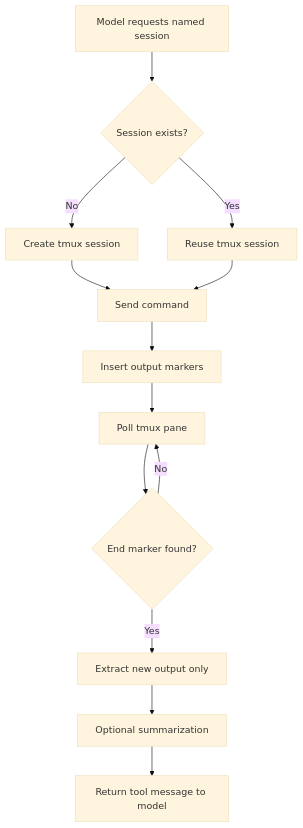
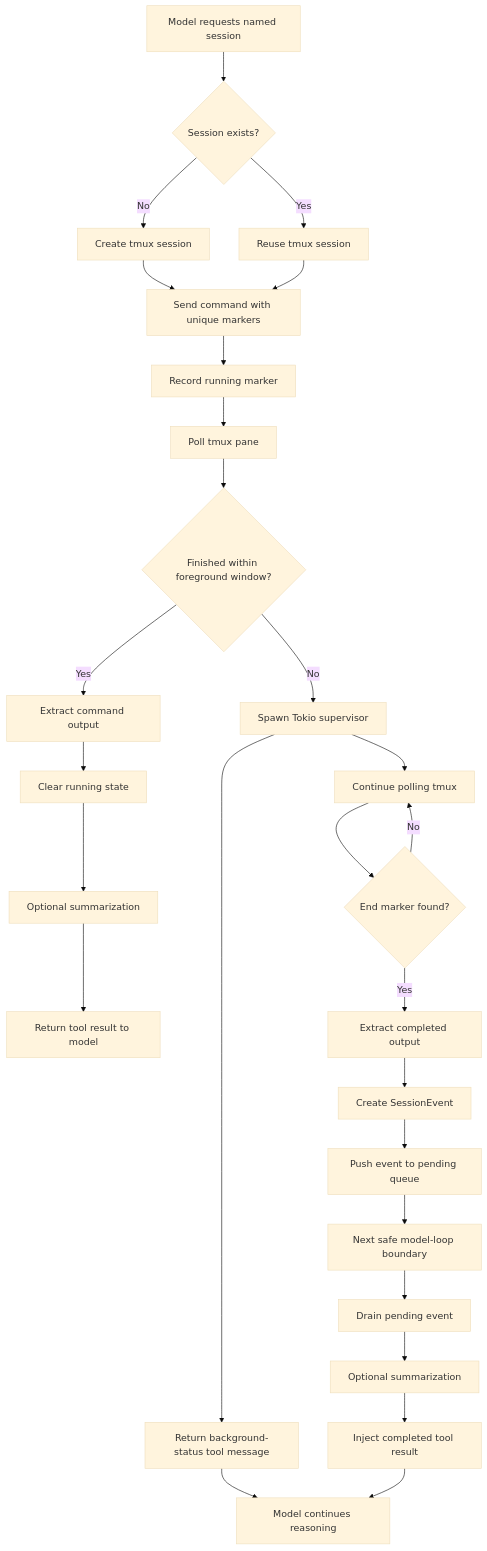
One commit to charlesericwilson-portfolio/Echo_Adapt_v5 changed the third of 8 diagrams in README.md. Above: the diagram before and after it, drawn with Mermaid (base theme). The commit also changed other lines of this file, not shown here.

````diff
--- a/README.md
+++ b/README.md
@@ -288,20 +349,39 @@
 ```mermaid
 flowchart TD
     A[Model requests named session] --> B{Session exists?}
 
     B -->|No| C[Create tmux session]
     B -->|Yes| D[Reuse tmux session]
 
-    C --> E[Send command]
+    C --> E[Send command with unique markers]
     D --> E
 
-    E --> F[Insert output markers]
+    E --> F[Record running marker]
     F --> G[Poll tmux pane]
-    G --> H{End marker found?}
 
-    H -->|No| G
-    H -->|Yes| I[Extract new output only]
+    G --> H{Finished within foreground window?}
 
-    I --> J[Optional summarization]
-    J --> K[Return tool message to model]
+    H -->|Yes| I[Extract command output]
+    I --> J[Clear running state]
+    J --> K[Optional summarization]
+    K --> L[Return tool result to model]
+
+    H -->|No| M[Spawn Tokio supervisor]
+    M --> N[Return background-status tool message]
+    N --> O[Model continues reasoning]
+
+    M --> P[Continue polling tmux]
+    P --> Q{End marker found?}
+
+    Q -->|No| P
+    Q -->|Yes| R[Extract completed output]
+
+    R --> S[Create SessionEvent]
+    S --> T[Push event to pending queue]
+
+    T --> U[Next safe model-loop boundary]
+    U --> V[Drain pending event]
+    V --> W[Optional summarization]
+    W --> X[Inject completed tool result]
+    X --> O
 ```
````
